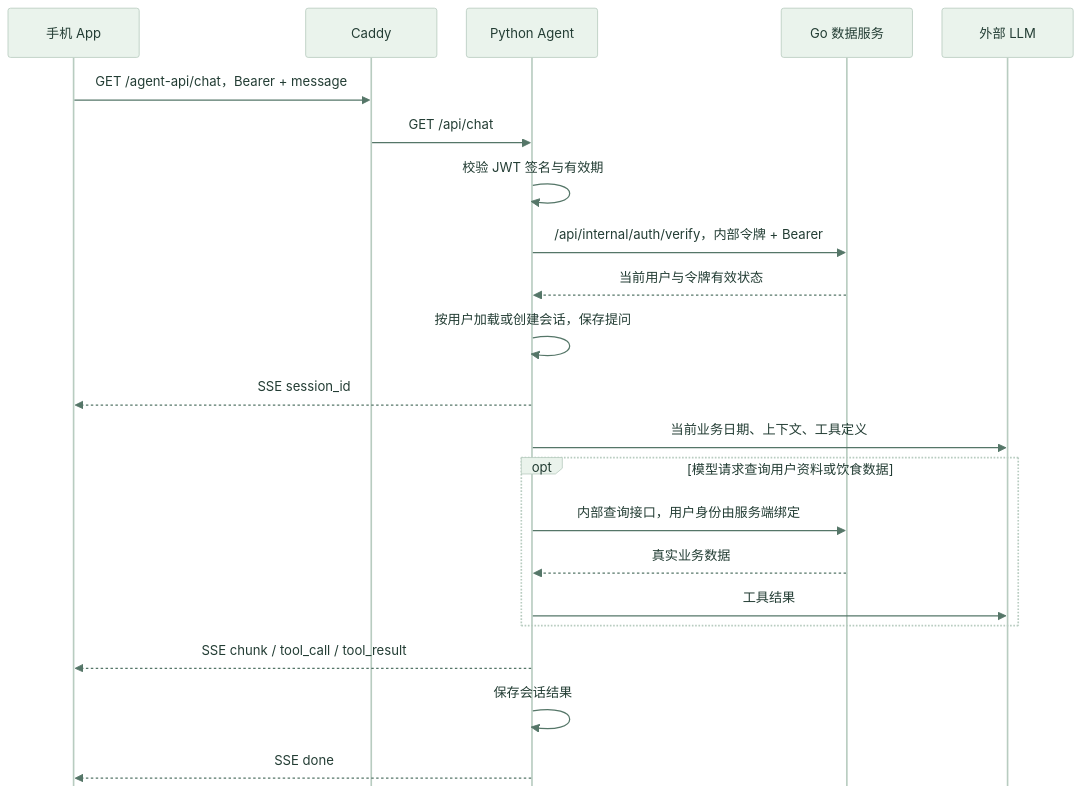
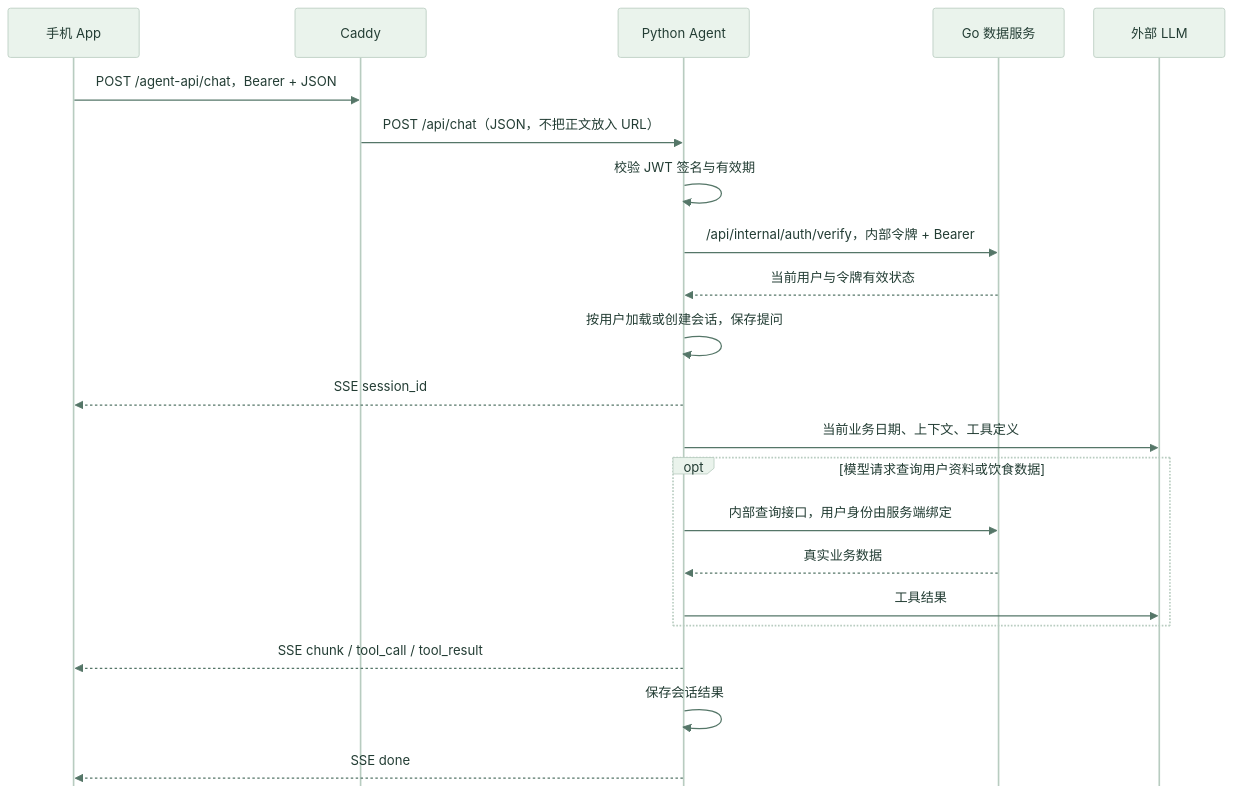
Before and after one commit to Green-hats/NutriGo: the second of 4 diagrams in docs/ARCHITECTURE.md, drawn with Mermaid. The commit also changed other lines of this file and 40 other files, not shown here.

````diff
--- a/docs/ARCHITECTURE.md
+++ b/docs/ARCHITECTURE.md
@@ -122,25 +122,25 @@
 ```mermaid
 %%{init: {"theme":"base","themeVariables":{"fontFamily":"Arial, PingFang SC, Microsoft YaHei","fontSize":"16px","primaryColor":"#edf5ef","primaryTextColor":"#233d34","primaryBorderColor":"#b8ccc0","lineColor":"#668174","secondaryColor":"#eef4fa","tertiaryColor":"#fff8ed","clusterBkg":"#f7faf6","clusterBorder":"#d4e2d7","edgeLabelBackground":"#ffffff","actorBkg":"#eaf3ec","actorBorder":"#b8ccc0","actorTextColor":"#233d34","signalColor":"#557668","signalTextColor":"#233d34","noteBkgColor":"#fff7e8","noteTextColor":"#754f28","noteBorderColor":"#ddc6a7","activationBkgColor":"#e6f2f0","activationBorderColor":"#88b5ad"},"flowchart":{"curve":"basis","padding":20,"nodeSpacing":36,"rankSpacing":48},"sequence":{"actorMargin":36,"width":160,"height":60,"boxMargin":12,"messageMargin":35,"noteMargin":12,"mirrorActors":false}}}%%
 sequenceDiagram
     participant App as 手机 App
     participant Gateway as Caddy
     participant Agent as Python Agent
     participant Go as Go 数据服务
     participant LLM as 外部 LLM
-    App->>Gateway: GET /agent-api/chat，Bearer + message
-    Gateway->>Agent: GET /api/chat
+    App->>Gateway: POST /agent-api/chat，Bearer + JSON
+    Gateway->>Agent: POST /api/chat（JSON，不把正文放入 URL）
     Agent->>Agent: 校验 JWT 签名与有效期
     Agent->>Go: /api/internal/auth/verify，内部令牌 + Bearer
     Go-->>Agent: 当前用户与令牌有效状态
     Agent->>Agent: 按用户加载或创建会话，保存提问
     Agent-->>App: SSE session_id
     Agent->>LLM: 当前业务日期、上下文、工具定义
     opt 模型请求查询用户资料或饮食数据
         Agent->>Go: 内部查询接口，用户身份由服务端绑定
         Go-->>Agent: 真实业务数据
         Agent->>LLM: 工具结果
     end
     Agent-->>App: SSE chunk / tool_call / tool_result
     Agent->>Agent: 保存会话结果
     Agent-->>App: SSE done
 ```
````
